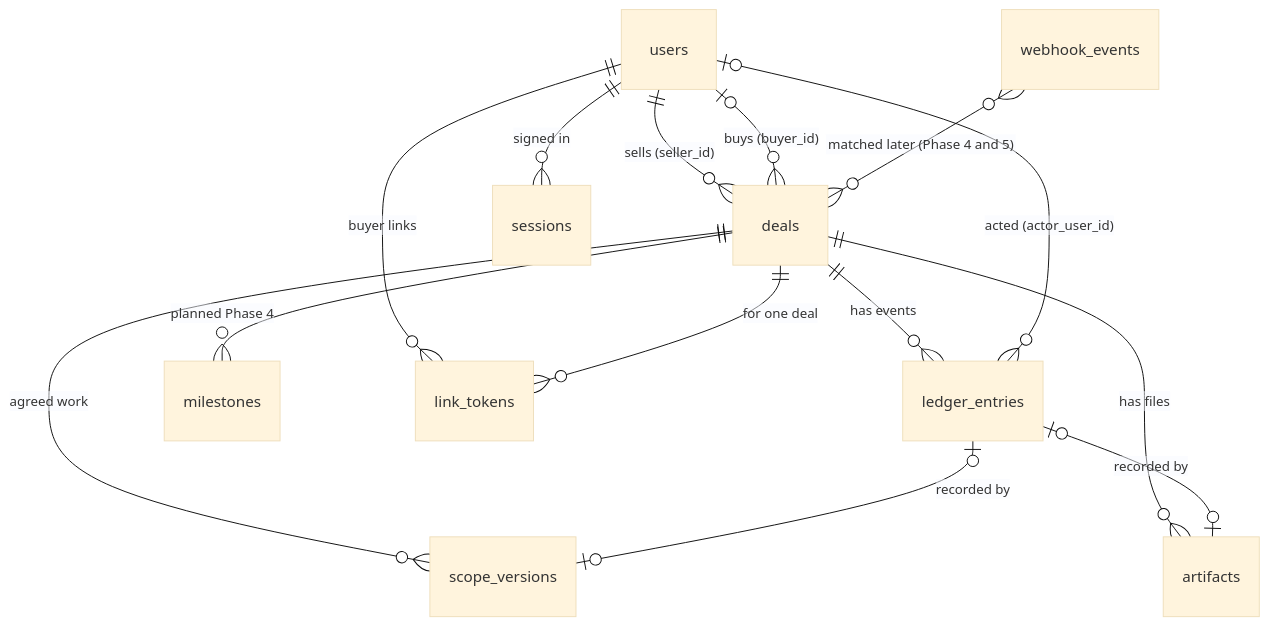
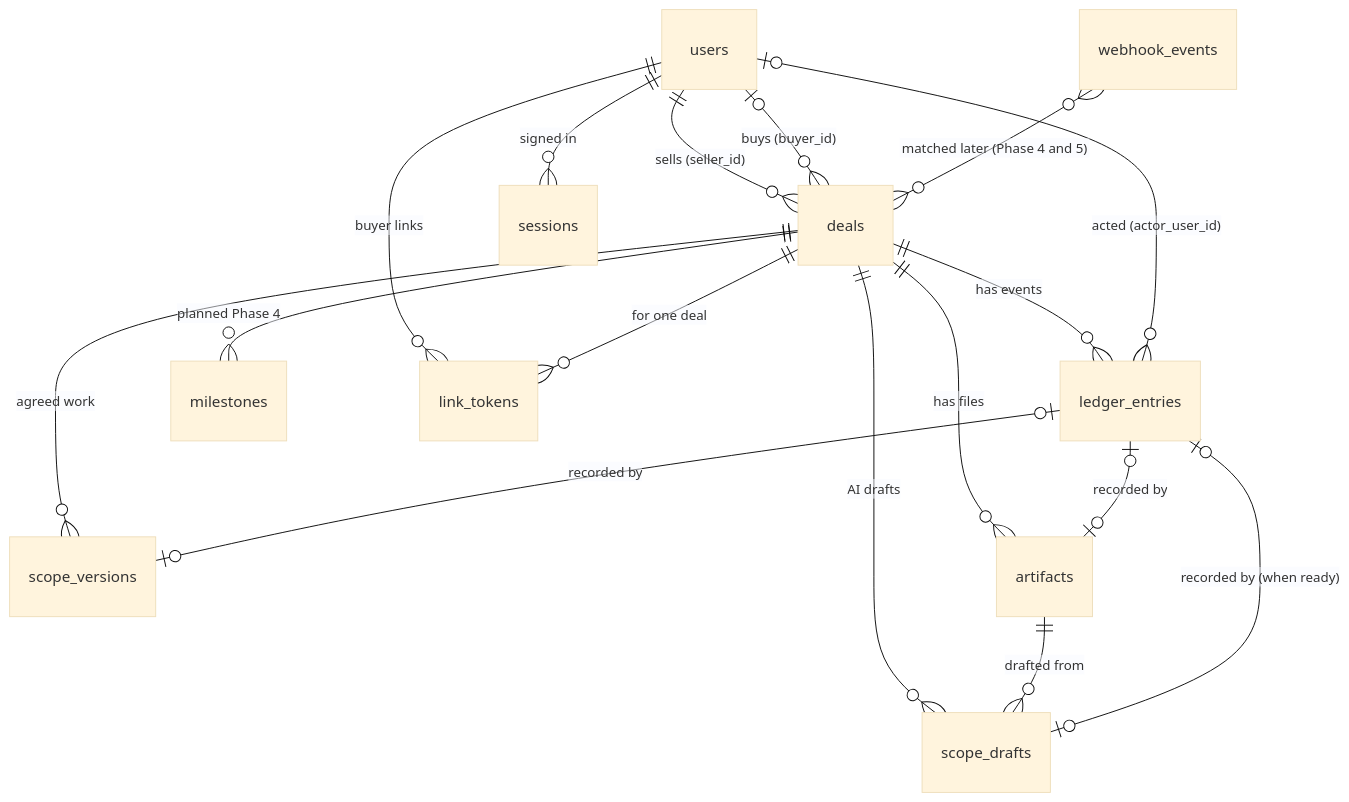
Before and after one commit to sushantpatil2899/pactpal: the diagram in docs/data-model.md, drawn with Mermaid (base theme). The commit also changed other lines of this file and 31 other files, not shown here.

````diff
--- a/docs/data-model.md
+++ b/docs/data-model.md
@@ -5,16 +5,19 @@
 ```mermaid
 erDiagram
   users ||--o{ deals : "sells (seller_id)"
   users |o--o{ deals : "buys (buyer_id)"
   deals ||--o{ ledger_entries : "has events"
   users |o--o{ ledger_entries : "acted (actor_user_id)"
   deals ||--o{ scope_versions : "agreed work"
   ledger_entries |o--o| scope_versions : "recorded by"
   deals ||--o{ milestones : "planned Phase 4"
   deals ||--o{ artifacts : "has files"
+  deals ||--o{ scope_drafts : "AI drafts"
+  artifacts ||--o{ scope_drafts : "drafted from"
+  ledger_entries |o--o| scope_drafts : "recorded by (when ready)"
   ledger_entries |o--o| artifacts : "recorded by"
   webhook_events }o--o{ deals : "matched later (Phase 4 and 5)"
   users ||--o{ sessions : "signed in"
   users ||--o{ link_tokens : "buyer links"
   deals ||--o{ link_tokens : "for one deal"
 ```
````
